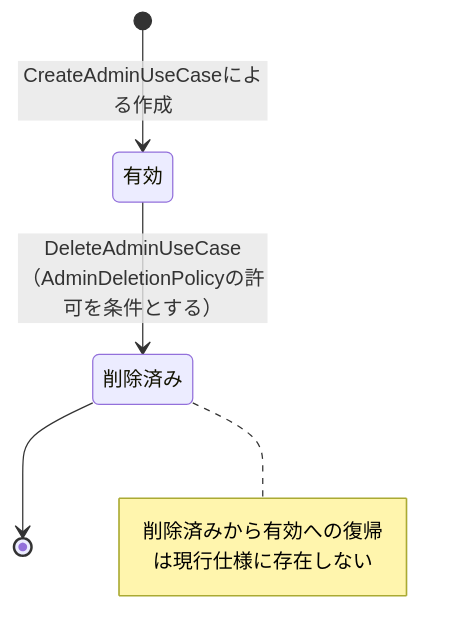
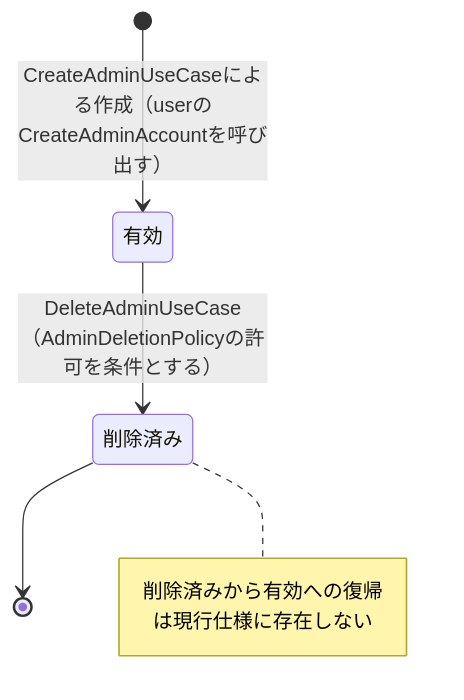
One commit to yuta20253/edu-platform-go-design changed the second of 5 diagrams in 計画書/GO移行・設計仕様書/管理者管理者ユーザー機能_Go移行・設計仕様書.md. Above: the diagram before and after it, drawn with Mermaid. The commit also changed other lines of this file and 34 other files, not shown here.

````diff
--- a/計画書/GO移行・設計仕様書/管理者管理者ユーザー機能_Go移行・設計仕様書.md
+++ b/計画書/GO移行・設計仕様書/管理者管理者ユーザー機能_Go移行・設計仕様書.md
@@ -274,10 +267,10 @@
 ```mermaid
 stateDiagram-v2
-    [*] --> 有効 : CreateAdminUseCaseによる作成
+    [*] --> 有効 : CreateAdminUseCaseによる作成（userのCreateAdminAccountを呼び出す）
     有効 --> 削除済み : DeleteAdminUseCase（AdminDeletionPolicyの許可を条件とする）
     削除済み --> [*]
 
     note right of 削除済み
         削除済みから有効への復帰は現行仕様に存在しない
     end note
 ```
````
